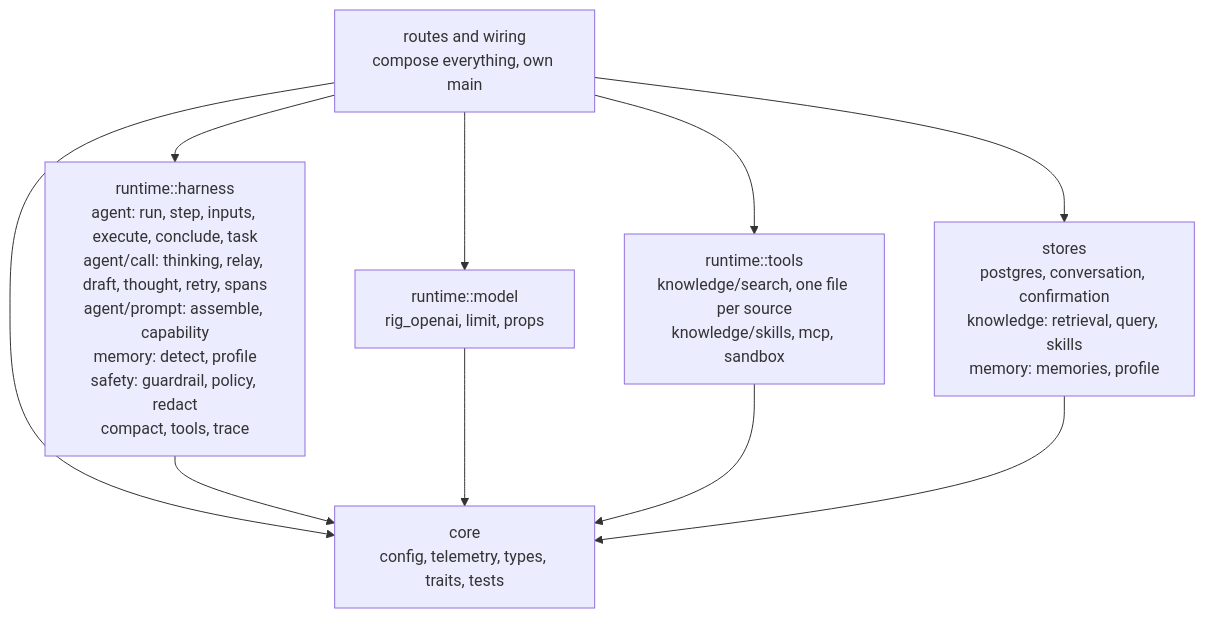
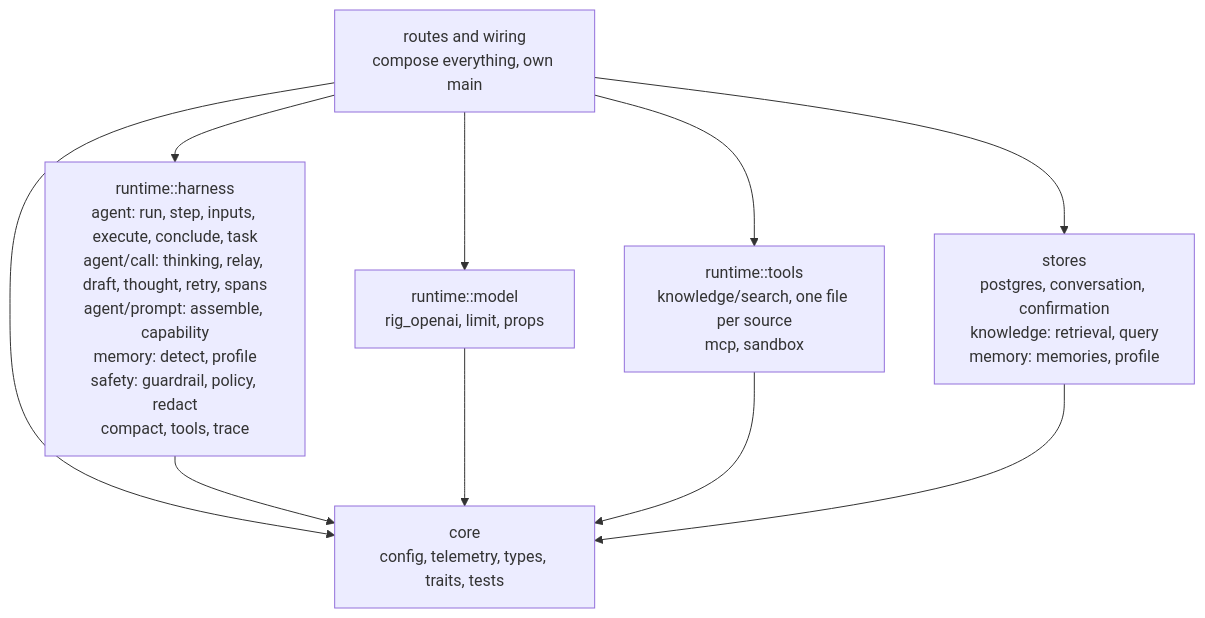
One commit to ashworks1706/SparkyAI changed the second of 10 diagrams in docs/ARCHITECTURE.md. Above: the diagram before and after it, drawn with Mermaid. The commit also changed other lines of this file and 66 other files, not shown here.

````diff
--- a/docs/ARCHITECTURE.md
+++ b/docs/ARCHITECTURE.md
@@ -133,19 +133,19 @@
 ```mermaid
 flowchart TD
     ROUTES["routes and wiring<br/>compose everything, own main"]
     HARNESS["runtime::harness<br/>agent: run, step, inputs, execute, conclude, task<br/>agent/call: thinking, relay, draft, thought, retry, spans<br/>agent/prompt: assemble, capability<br/>memory: detect, profile<br/>safety: guardrail, policy, redact<br/>compact, tools, trace"]
     MODEL["runtime::model<br/>rig_openai, limit, props"]
-    TOOLS["runtime::tools<br/>knowledge/search, one file per source<br/>knowledge/skills, mcp, sandbox"]
-    STORES["stores<br/>postgres, conversation, confirmation<br/>knowledge: retrieval, query, skills<br/>memory: memories, profile"]
+    TOOLS["runtime::tools<br/>knowledge/search, one file per source<br/>mcp, sandbox"]
+    STORES["stores<br/>postgres, conversation, confirmation<br/>knowledge: retrieval, query<br/>memory: memories, profile"]
     CORE["core<br/>config, telemetry, types, traits, tests"]
 
     ROUTES --> HARNESS
     ROUTES --> MODEL
     ROUTES --> TOOLS
     ROUTES --> STORES
     ROUTES --> CORE
     HARNESS --> CORE
     MODEL --> CORE
     TOOLS --> CORE
     STORES --> CORE
 ```
````
